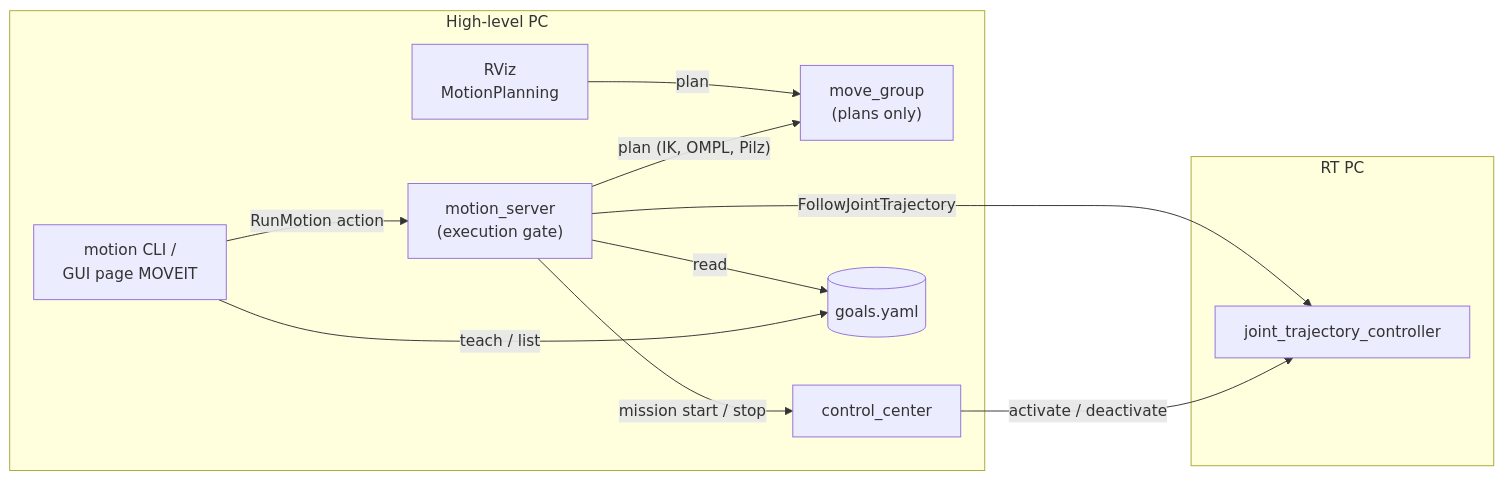
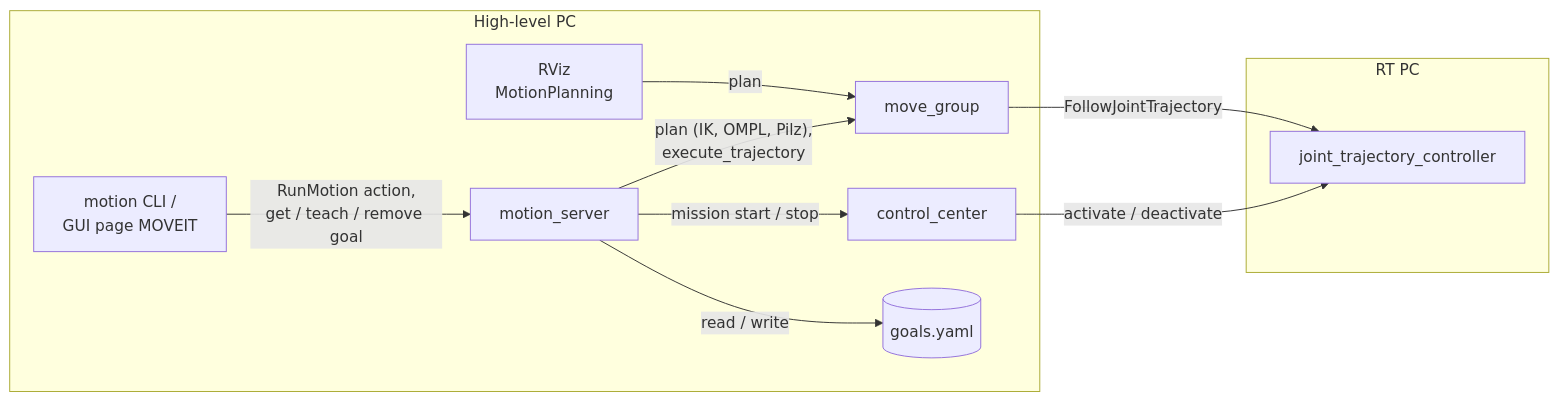
The first of 2 diagrams in src/robotarm_motion/README.md (ruben01egle/robotarm_core), drawn with Mermaid before and after one commit. The commit also changed other lines of this file and 1 other file, not shown here.

First line of the commit message:
Document execution through move_group and the goal services

````diff
--- a/src/robotarm_motion/README.md
+++ b/src/robotarm_motion/README.md
@@ -30,22 +31,21 @@
 ```mermaid
 flowchart LR
     subgraph HL["High-level PC"]
         CLI["motion CLI /<br/>GUI page MOVEIT"]
         RVIZ["RViz<br/>MotionPlanning"]
-        MS["motion_server<br/>(execution gate)"]
-        MG["move_group<br/>(plans only)"]
+        MS["motion_server"]
+        MG["move_group"]
         CC["control_center"]
         GOALS[("goals.yaml")]
     end
     subgraph RT["RT PC"]
         JTC["joint_trajectory_controller"]
     end
-    CLI -- "RunMotion action" --> MS
-    CLI -- "teach / list" --> GOALS
-    MS -- "read" --> GOALS
-    MS -- "plan (IK, OMPL, Pilz)" --> MG
+    CLI -- "RunMotion action,<br/>get / teach / remove goal" --> MS
+    MS -- "read / write" --> GOALS
+    MS -- "plan (IK, OMPL, Pilz),<br/>execute_trajectory" --> MG
     RVIZ -- "plan" --> MG
     MS -- "mission start / stop" --> CC
     CC -- "activate / deactivate" --> JTC
-    MS -- "FollowJointTrajectory" --> JTC
+    MG -- "FollowJointTrajectory" --> JTC
 ```
````
